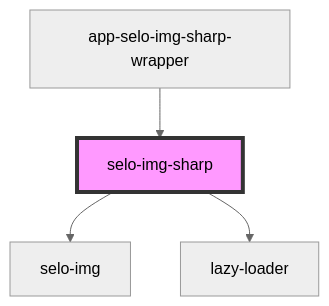
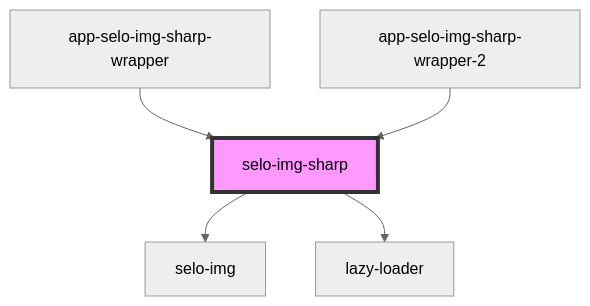
Before and after one commit to selodev/selo-image-sharp: the diagram in src/components/selo-img-sharp/readme.md, drawn with Mermaid (neutral theme). The commit also changed other lines of this file and 13 other files, not shown here.

````diff
--- a/src/components/selo-img-sharp/readme.md
+++ b/src/components/selo-img-sharp/readme.md
@@ -30,7 +31,8 @@
 ```mermaid
 graph TD;
   selo-img-sharp --> selo-img
   selo-img-sharp --> lazy-loader
   app-selo-img-sharp-wrapper --> selo-img-sharp
+  app-selo-img-sharp-wrapper-2 --> selo-img-sharp
   style selo-img-sharp fill:#f9f,stroke:#333,stroke-width:4px
 ```
````
